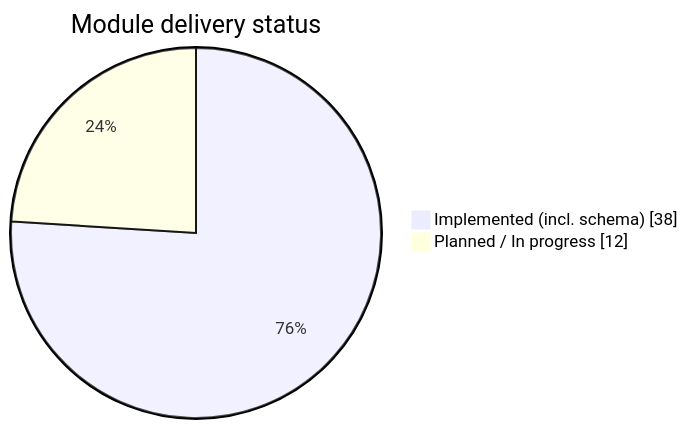
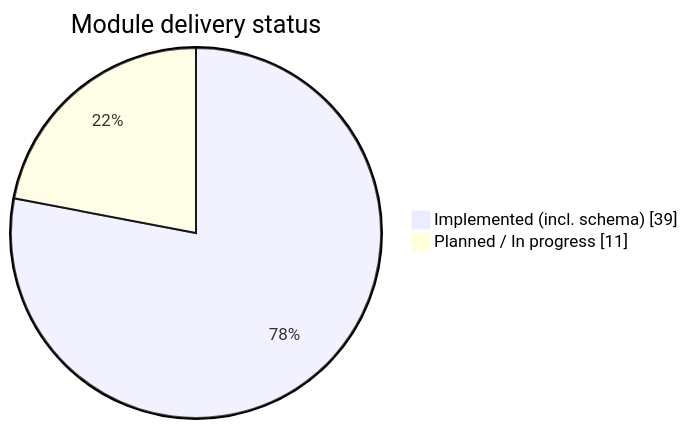
Before and after one commit to RITH-1437/educore: the first of 2 diagrams in docs/6_Module-Status-and-Roadmap.md, drawn with Mermaid. The commit also changed other lines of this file and 48 other files, not shown here.

````diff
--- a/docs/6_Module-Status-and-Roadmap.md
+++ b/docs/6_Module-Status-and-Roadmap.md
@@ -47,6 +47,6 @@
 ```mermaid
 pie showData
   title Module delivery status
-  "Implemented (incl. schema)" : 38
-  "Planned / In progress" : 12
+  "Implemented (incl. schema)" : 39
+  "Planned / In progress" : 11
 ```
````
